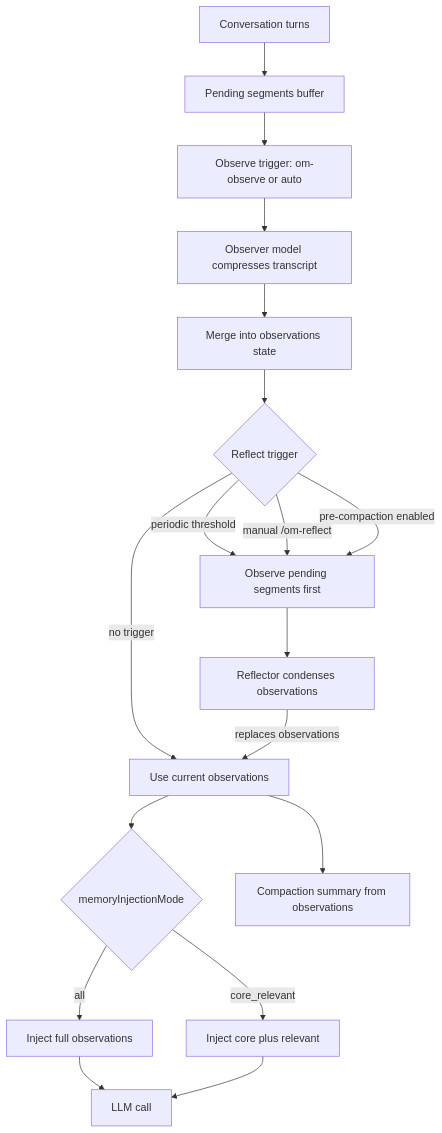
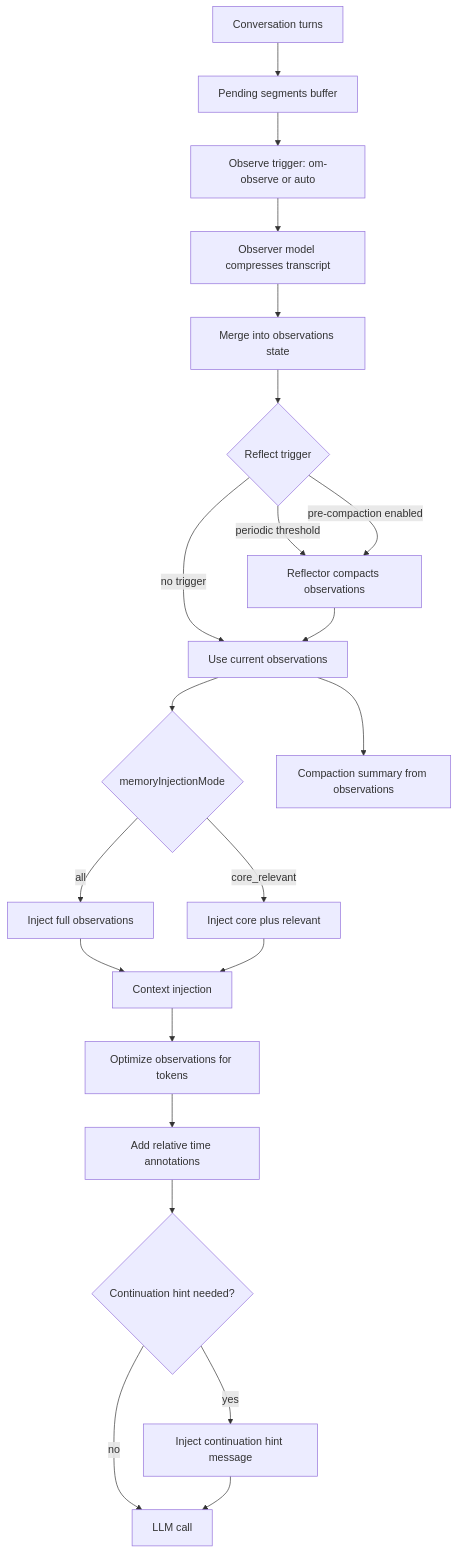
One commit to damianpdr/pi-observational-memory changed the first of 2 diagrams in README.md. Above: the diagram before and after it, drawn with Mermaid. The commit also changed other lines of this file and 2 other files, not shown here.

First line of the commit message:
feat(observer): Mastra-aligned rich observer prompt, priority emojis, date grouping, relative time, continuation hint, context instructions

````diff
--- a/README.md
+++ b/README.md
@@ -61,20 +165,24 @@
 ```mermaid
 flowchart TD
   A[Conversation turns] --> B[Pending segments buffer]
   B --> C[Observe trigger: om-observe or auto]
   C --> D[Observer model compresses transcript]
   D --> E[Merge into observations state]
   E --> F{Reflect trigger}
-  F -->|periodic threshold| F1[Observe pending segments first]
-  F -->|manual /om-reflect| F1
-  F -->|pre-compaction enabled| F1
-  F1 --> G[Reflector condenses observations]
+  F -->|periodic threshold| G[Reflector compacts observations]
+  F -->|pre-compaction enabled| G
   F -->|no trigger| H[Use current observations]
-  G -->|replaces observations| H
+  G --> H
   H --> I{memoryInjectionMode}
   I -->|all| J[Inject full observations]
   I -->|core_relevant| K[Inject core plus relevant]
-  J --> L[LLM call]
+  J --> L[Context injection]
   K --> L
-  H --> M[Compaction summary from observations]
+  L --> M[Optimize observations for tokens]
+  M --> N[Add relative time annotations]
+  N --> O{Continuation hint needed?}
+  O -->|yes| P[Inject continuation hint message]
+  O -->|no| Q[LLM call]
+  P --> Q
+  H --> R[Compaction summary from observations]
 ```
````
